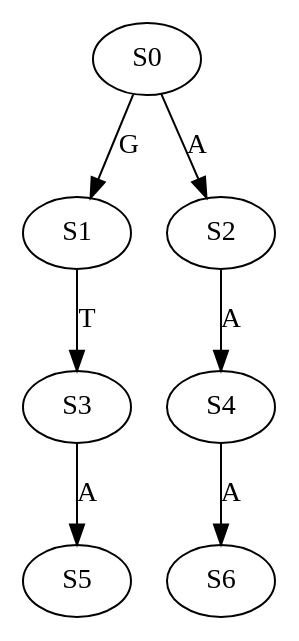
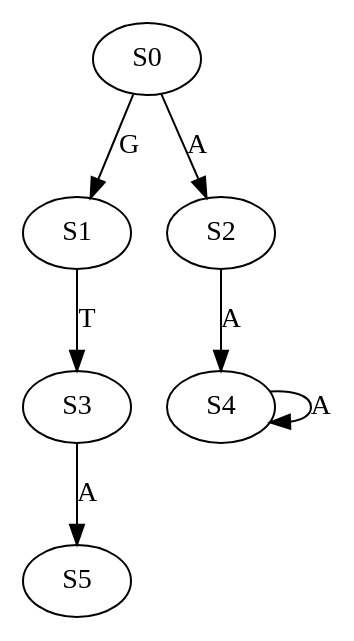
One commit to Kuanhao-Chao/Wheeler_Graph_Toolkit changed the diagram in data/graph/GT_vs_WGT/DeBruijnG_DNA/Human_SLC22A2_orthologues_DNA_k_3_l_3_a_4.dot. Above: the diagram before and after it, drawn with Graphviz. The commit also changed 1989 other files, not shown here.

Commit message:
Add non-collapsed De Bruijn Graph

```diff
--- a/data/graph/GT_vs_WGT/DeBruijnG_DNA/Human_SLC22A2_orthologues_DNA_k_3_l_3_a_4.dot
+++ b/data/graph/GT_vs_WGT/DeBruijnG_DNA/Human_SLC22A2_orthologues_DNA_k_3_l_3_a_4.dot
@@ -1,8 +1,8 @@
 strict digraph  {
 	S0 -> S1 [ label = G ];
 	S0 -> S2 [ label = A ];
 	S1 -> S3 [ label = T ];
 	S2 -> S4 [ label = A ];
 	S3 -> S5 [ label = A ];
-	S4 -> S6 [ label = A ];
+	S4 -> S4 [ label = A ];
 }
```
